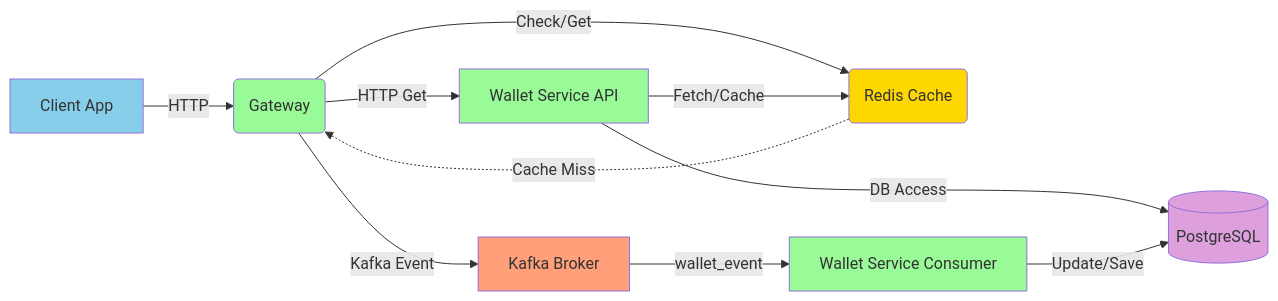
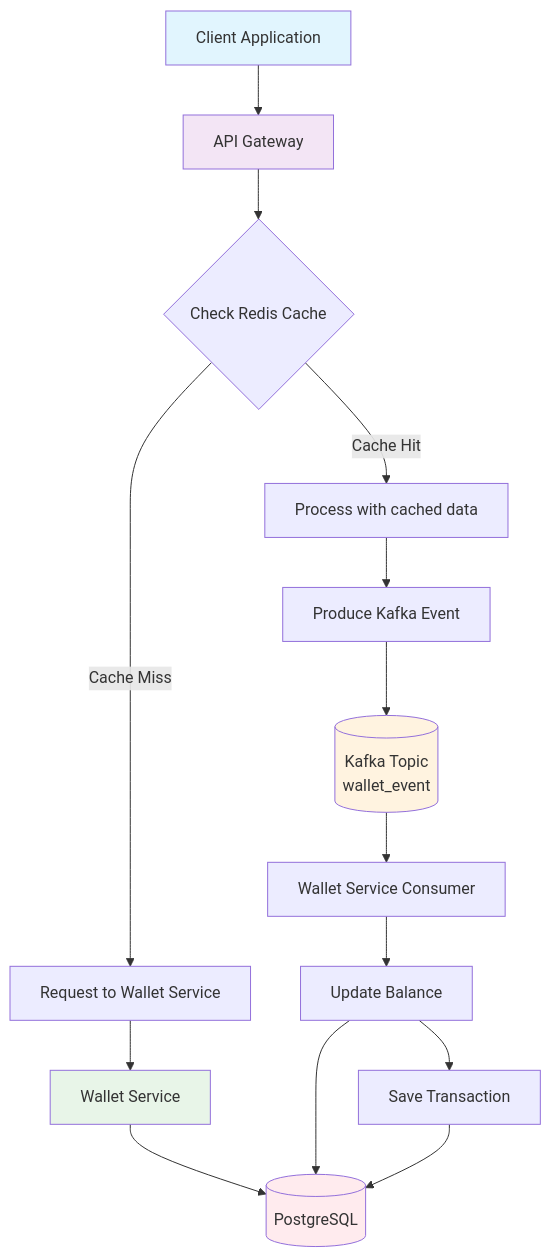
Before and after one commit to Romanenko3490/wallet-test: the diagram in README.md, drawn with Mermaid. The commit also changed other lines of this file, not shown here.

Commit message:
Complete tests + 2 EndPoints

````diff
--- a/README.md
+++ b/README.md
@@ -9,21 +8,27 @@
 ```mermaid
-graph LR
-    A[Client App] -->|HTTP| B(Gateway)
-    B -->|Check/Get| C(Redis Cache)
-    C -.->|Cache Miss| B
-    B -->|HTTP Get| D[Wallet Service API]
-    D -->|Fetch/Cache| C
-    B -->|Kafka Event| F[Kafka Broker]
-    F -->|wallet_event| E[Wallet Service Consumer]
-    D -->|DB Access| G[(PostgreSQL)]
-    E -->|Update/Save| G
-
-    style A fill:#87CEEB
-    style B fill:#98FB98
-    style C fill:#FFD700
-    style D fill:#98FB98
-    style E fill:#98FB98
-    style F fill:#FFA07A
-    style G fill:#DDA0DD
+flowchart TD
+    Client[Client Application] --> Gateway[API Gateway]
+    
+    Gateway --> RedisCheck{Check Redis Cache}
+    RedisCheck -->|Cache Hit| ProcessWithCache[Process with cached data]
+    RedisCheck -->|Cache Miss| WalletServiceReq[Request to Wallet Service]
+    
+    WalletServiceReq --> WalletService[Wallet Service]
+    WalletService --> PostgreSQL[(PostgreSQL)]
+    
+    ProcessWithCache --> KafkaProduce[Produce Kafka Event]
+    KafkaProduce --> Kafka[(Kafka Topic<br/>wallet_event)]
+    
+    Kafka --> KafkaConsumer[Wallet Service Consumer]
+    KafkaConsumer --> BalanceUpdate[Update Balance]
+    BalanceUpdate --> PostgreSQL
+    BalanceUpdate --> SaveTransaction[Save Transaction]
+    SaveTransaction --> PostgreSQL
+    
+    style Client fill:#e1f5fe
+    style Gateway fill:#f3e5f5
+    style WalletService fill:#e8f5e8
+    style Kafka fill:#fff3e0
+    style PostgreSQL fill:#ffebee
 
 ```
````
